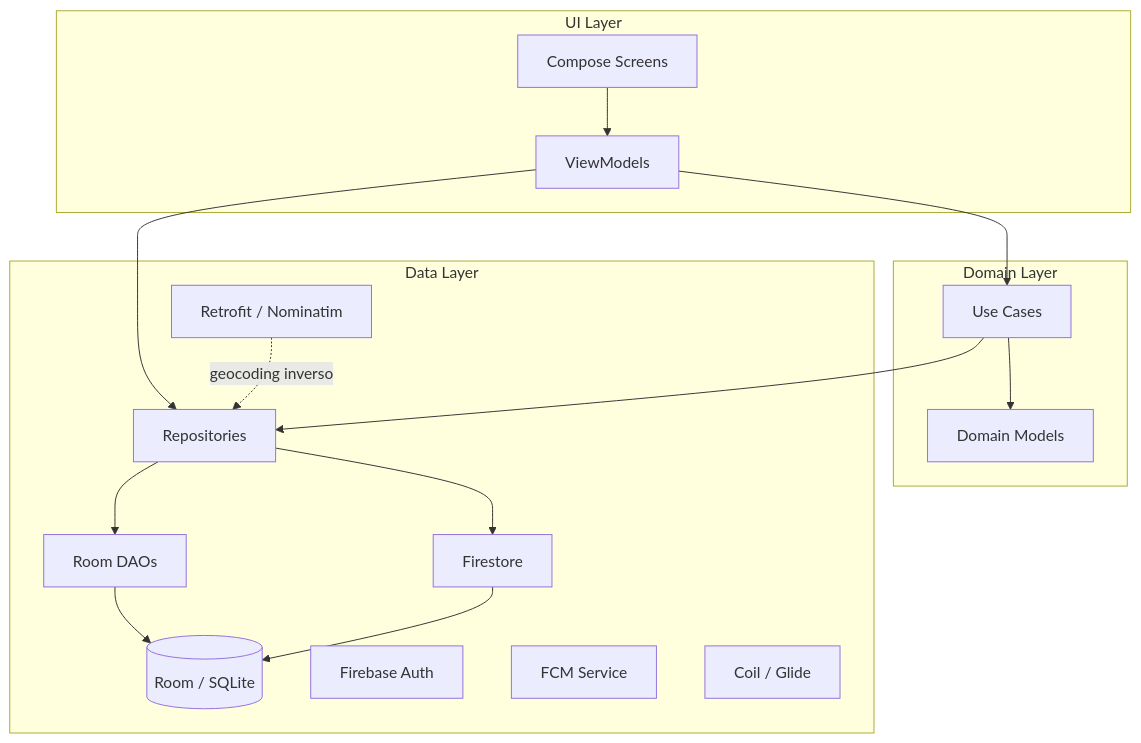
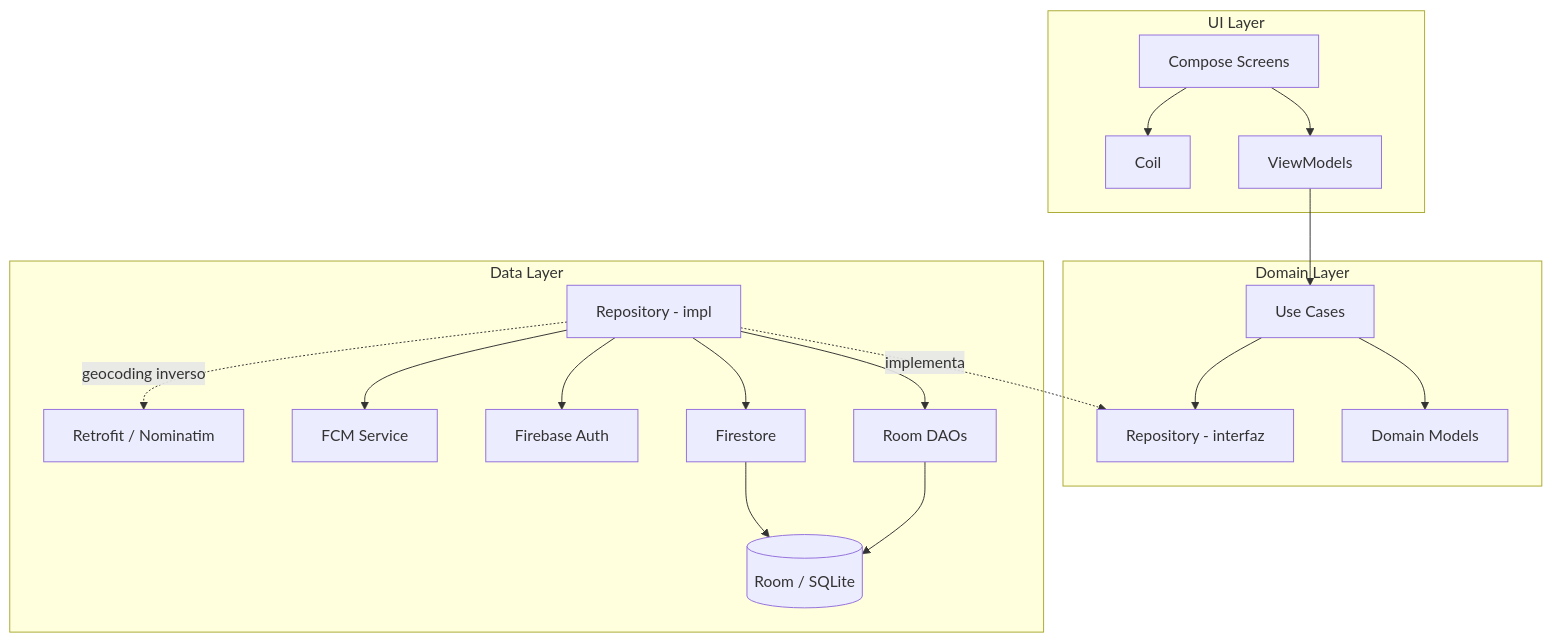
The diagram in docs/4-arquitectura/estilo_arquitectonico.md (PUJ-ICM-1131/SGE), drawn with Mermaid before and after one commit. The commit also changed other lines of this file and 1 other file, not shown here.

Commit message:
docs: add DIP to architecture diagram, add AGENTS/SKILL to .gitignore
- Mermaid diagram: Repository interface in Domain, impl in Data (DIP)
- Align layer descriptions with diagram (Repository interface in Domain)
- Add AGENTS.md and SKILL.md to .gitignore (local-only Claude Code config)

````diff
--- a/docs/4-arquitectura/estilo_arquitectonico.md
+++ b/docs/4-arquitectura/estilo_arquitectonico.md
@@ -82,34 +83,36 @@
 ```mermaid
 graph TD
     subgraph "UI Layer"
         S[Compose Screens]
         VM[ViewModels]
+        IMG[Coil]
     end
-
     subgraph "Domain Layer"
         UC[Use Cases]
         M[Domain Models]
+        RepoI[Repository - interfaz]
     end
-
     subgraph "Data Layer"
-        R[Repositories]
+        RepoImpl[Repository - impl]
         DAO[Room DAOs]
         DB[(Room / SQLite)]
         FA[Firebase Auth]
         FS[Firestore]
         FCM[FCM Service]
         RET[Retrofit / Nominatim]
-        IMG[Coil / Glide]
     end
 
     S --> VM
+    S --> IMG
     VM --> UC
-    VM --> R
-    UC --> R
     UC --> M
-    R --> DAO
-    R --> FS
+    UC --> RepoI
+    RepoImpl -.->|implementa| RepoI
+    RepoImpl --> DAO
+    RepoImpl --> FS
+    RepoImpl --> FA
+    RepoImpl --> FCM
+    RepoImpl -.->|geocoding inverso| RET
     DAO --> DB
     FS --> DB
-    RET -.-> |geocoding inverso| R
 ```
````
